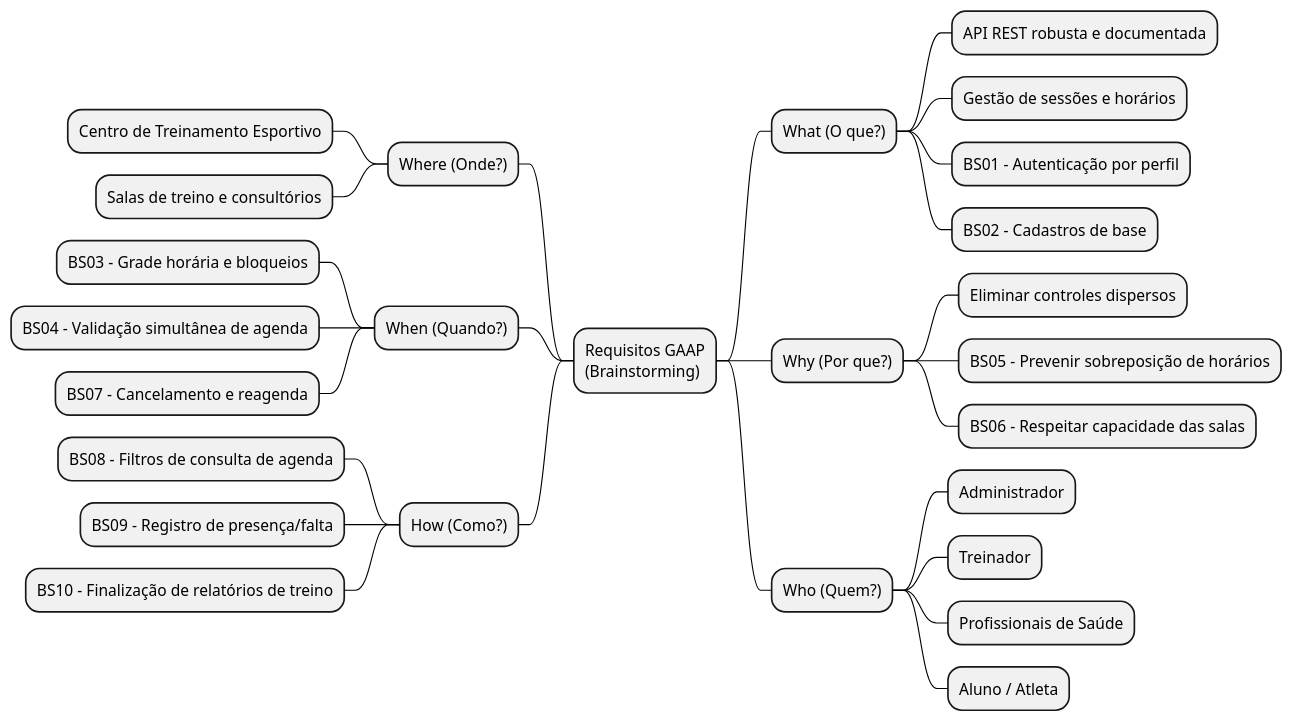
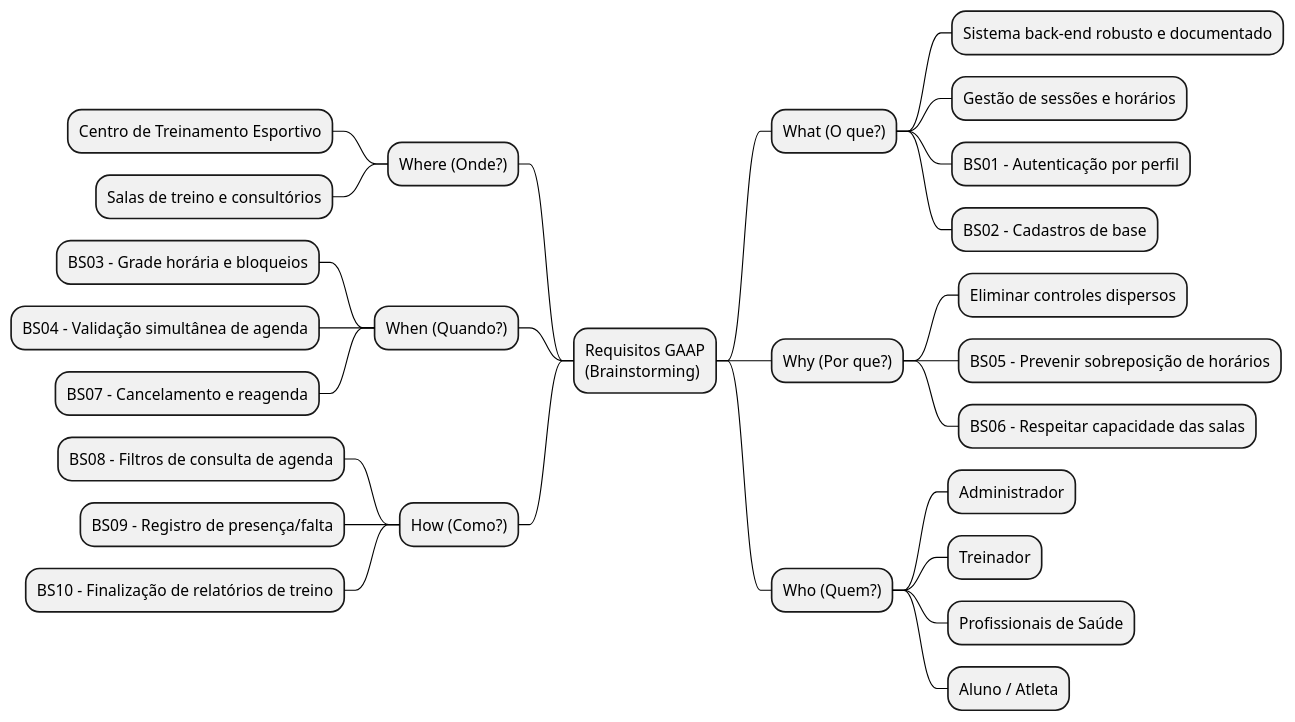
Before and after one commit to Projetos-de-Extensao/PBE_26.2_8002_III: the second of 2 diagrams in docs/assets/Mapas_Mentais/mm.wsd, drawn with PlantUML. The commit also changed 19 other files, not shown here.

Commit message:
docs: remove referencias a API REST e alinha diagramas com padrao BCE

```diff
--- a/docs/assets/Mapas_Mentais/mm.wsd
+++ b/docs/assets/Mapas_Mentais/mm.wsd
@@ -55,39 +55,39 @@
 @startmindmap Mapa_Mental_Brainstorm
 skinparam monochrome true
 skinparam ArrowColor #000000
 skinparam NodeFontSize 14
 
 * Requisitos GAAP\n(Brainstorming)
 ** What (O que?)
-*** API REST robusta e documentada
+*** Sistema back-end robusto e documentado
 *** Gestão de sessões e horários
 *** BS01 - Autenticação por perfil
 *** BS02 - Cadastros de base
 
 ** Why (Por que?)
 *** Eliminar controles dispersos
 *** BS05 - Prevenir sobreposição de horários
 *** BS06 - Respeitar capacidade das salas
 
 ** Who (Quem?)
 *** Administrador
 *** Treinador
 *** Profissionais de Saúde
 *** Aluno / Atleta
 
 left side
 
 ** Where (Onde?)
 *** Centro de Treinamento Esportivo
 *** Salas de treino e consultórios
 
 ** When (Quando?)
 *** BS03 - Grade horária e bloqueios
 *** BS04 - Validação simultânea de agenda
 *** BS07 - Cancelamento e reagenda
 
 ** How (Como?)
 *** BS08 - Filtros de consulta de agenda
 *** BS09 - Registro de presença/falta
 *** BS10 - Finalização de relatórios de treino
 @endmindmap
```
